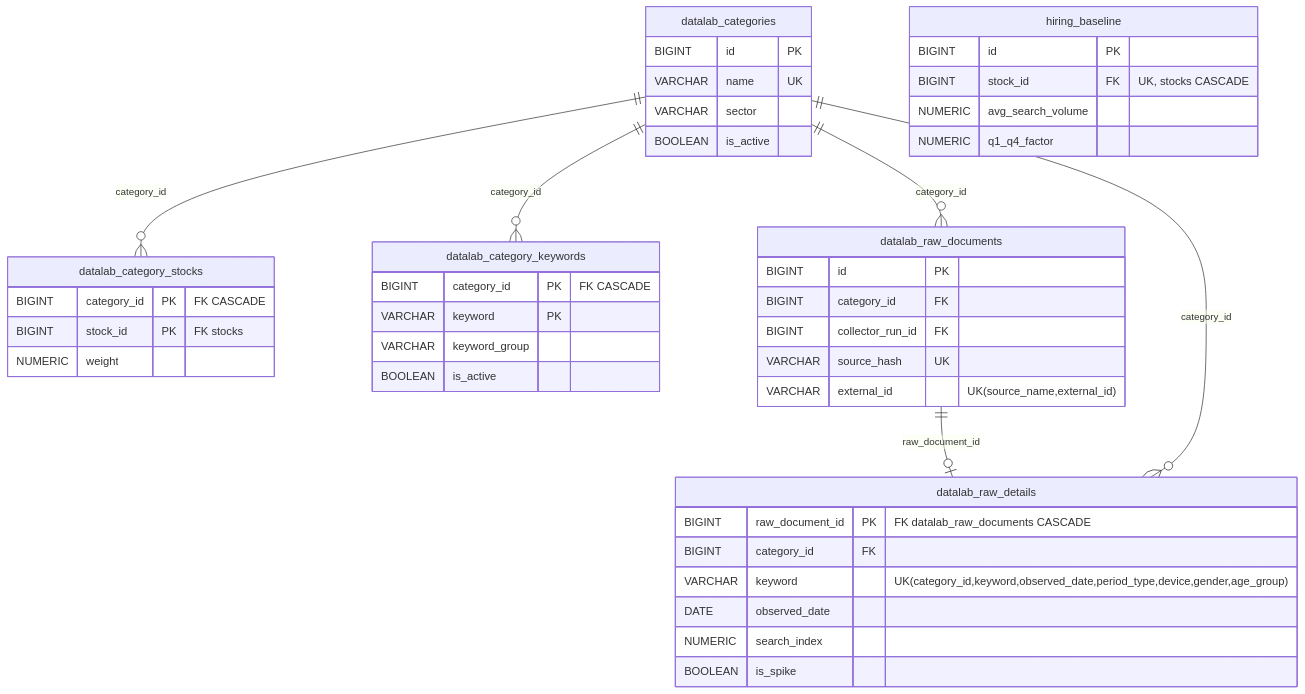
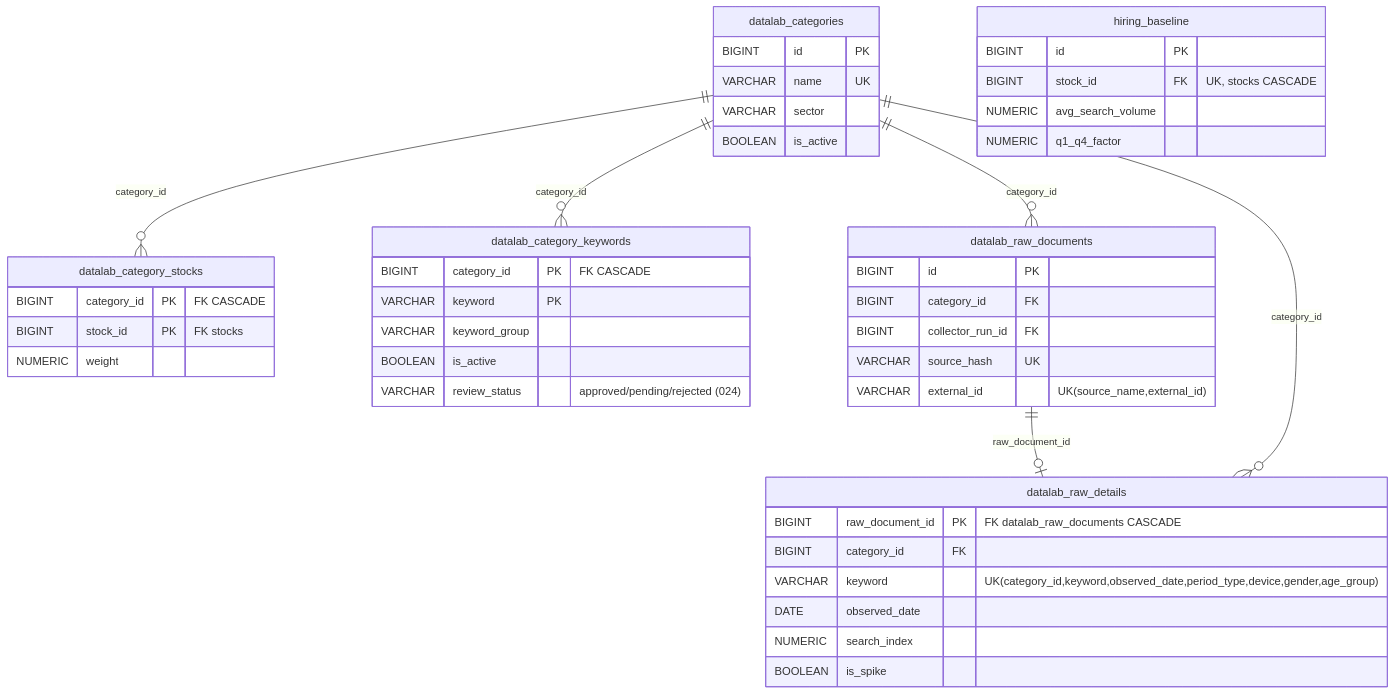
Before and after one commit to AIX14-3/signal-alpha: the fourth of 10 diagrams in database/erd/signal_alpha_core_erd.md, drawn with Mermaid. The commit also changed other lines of this file and 9 other files, not shown here.

````diff
--- a/database/erd/signal_alpha_core_erd.md
+++ b/database/erd/signal_alpha_core_erd.md
@@ -156,52 +156,53 @@
 ```mermaid
 erDiagram
     datalab_categories {
         BIGINT id PK
         VARCHAR name UK
         VARCHAR sector
         BOOLEAN is_active
     }
 
     datalab_category_stocks {
         BIGINT category_id PK "FK CASCADE"
         BIGINT stock_id PK "FK stocks"
         NUMERIC weight
     }
 
     datalab_category_keywords {
         BIGINT category_id PK "FK CASCADE"
         VARCHAR keyword PK
         VARCHAR keyword_group
         BOOLEAN is_active
+        VARCHAR review_status "approved/pending/rejected (024)"
     }
 
     datalab_raw_documents {
         BIGINT id PK
         BIGINT category_id FK
         BIGINT collector_run_id FK
         VARCHAR source_hash UK
         VARCHAR external_id "UK(source_name,external_id)"
     }
 
     datalab_raw_details {
         BIGINT raw_document_id PK "FK datalab_raw_documents CASCADE"
         BIGINT category_id FK
         VARCHAR keyword "UK(category_id,keyword,observed_date,period_type,device,gender,age_group)"
         DATE observed_date
         NUMERIC search_index
         BOOLEAN is_spike
     }
 
     hiring_baseline {
         BIGINT id PK
         BIGINT stock_id FK "UK, stocks CASCADE"
         NUMERIC avg_search_volume
         NUMERIC q1_q4_factor
     }
 
     datalab_categories ||--o{ datalab_category_stocks : "category_id"
     datalab_categories ||--o{ datalab_category_keywords : "category_id"
     datalab_categories ||--o{ datalab_raw_documents : "category_id"
     datalab_raw_documents ||--o| datalab_raw_details : "raw_document_id"
     datalab_categories ||--o{ datalab_raw_details : "category_id"
 ```
````
